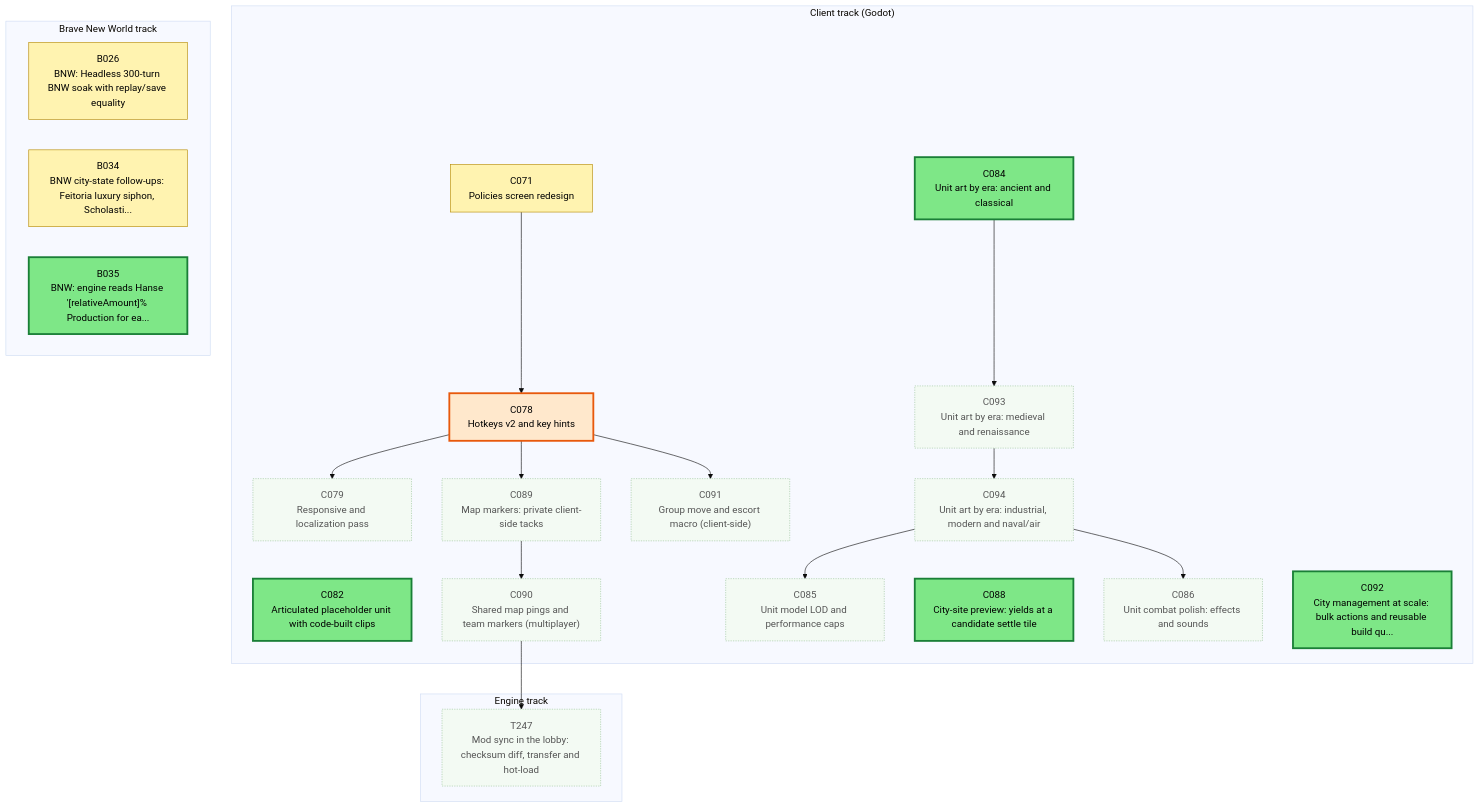
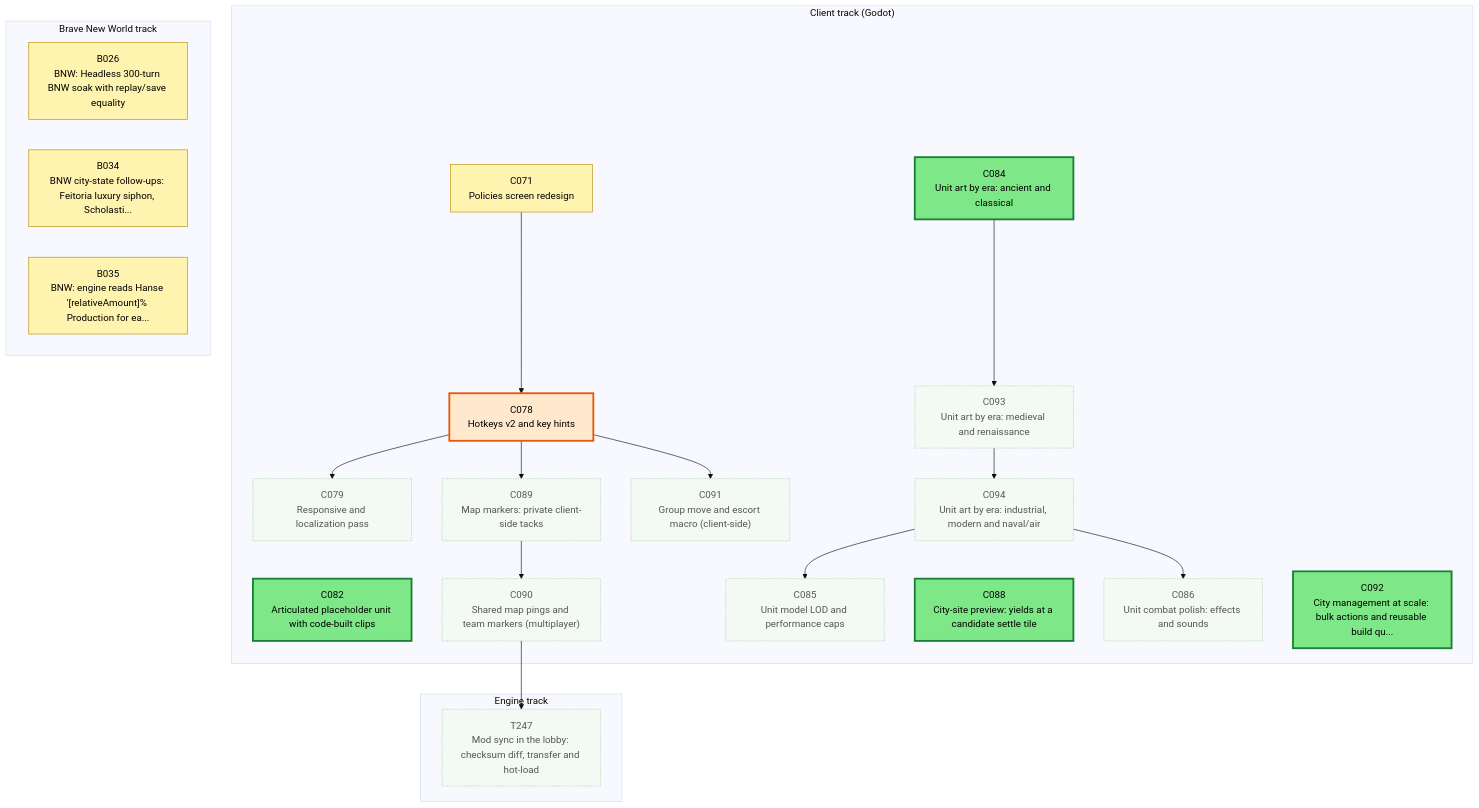
The first of 3 diagrams in csharp/migration/DEPENDENCY_MAP.md (Kenmura/Unciv), drawn with Mermaid (base theme) before and after one commit. The commit also changed other lines of this file and 1 other file, not shown here.

````diff
--- a/csharp/migration/DEPENDENCY_MAP.md
+++ b/csharp/migration/DEPENDENCY_MAP.md
@@ -25,62 +25,62 @@
 ```mermaid
 flowchart TD
   subgraph TTRACK["Engine track"]
     T247["T247<br/>Mod sync in the lobby: checksum diff, transfer and hot-load"]
   end
   subgraph CTRACK["Client track (Godot)"]
     C071["C071<br/>Policies screen redesign"]
     C078["C078<br/>Hotkeys v2 and key hints"]
     C079["C079<br/>Responsive and localization pass"]
     C082["C082<br/>Articulated placeholder unit with code-built clips"]
     C084["C084<br/>Unit art by era: ancient and classical"]
     C085["C085<br/>Unit model LOD and performance caps"]
     C086["C086<br/>Unit combat polish: effects and sounds"]
     C088["C088<br/>City-site preview: yields at a candidate settle tile"]
     C089["C089<br/>Map markers: private client-side tacks"]
     C090["C090<br/>Shared map pings and team markers (multiplayer)"]
     C091["C091<br/>Group move and escort macro (client-side)"]
     C092["C092<br/>City management at scale: bulk actions and reusable build qu..."]
     C093["C093<br/>Unit art by era: medieval and renaissance"]
     C094["C094<br/>Unit art by era: industrial, modern and naval/air"]
   end
   subgraph BTRACK["Brave New World track"]
     B026["B026<br/>BNW: Headless 300-turn BNW soak with replay/save equality"]
     B034["B034<br/>BNW city-state follow-ups: Feitoria luxury siphon, Scholasti..."]
     B035["B035<br/>BNW: engine reads Hanse '[relativeAmount]% Production for ea..."]
   end
   C090 --> T247
   C071 --> C078
   C078 --> C079
   C094 --> C085
   C094 --> C086
   C078 --> C089
   C089 --> C090
   C078 --> C091
   C084 --> C093
   C093 --> C094
   classDef waiting fill:#f3faf3,stroke:#9bc49b,color:#555,stroke-dasharray:2 2
   classDef ondeck fill:#ffe8cc,stroke:#e8590c,stroke-width:3px,color:#000
   classDef ready fill:#7ee787,stroke:#1a7f37,stroke-width:3px,color:#000
   classDef prog fill:#fff3b0,stroke:#b58900,color:#000
   classDef review fill:#cfe4ff,stroke:#1f6feb,color:#000
   classDef blocked fill:#ffd6d6,stroke:#c62828,color:#000
   classDef done fill:#eeeeee,stroke:#999999,color:#666,stroke-dasharray:4 3
   class B026 prog
   class B034 prog
-  class B035 ready
+  class B035 prog
   class C071 prog
   class C078 ondeck
   class C079 waiting
   class C082 ready
   class C084 ready
   class C085 waiting
   class C086 waiting
   class C088 ready
   class C089 waiting
   class C090 waiting
   class C091 waiting
   class C092 ready
   class C093 waiting
   class C094 waiting
   class T247 waiting
 ```
````
